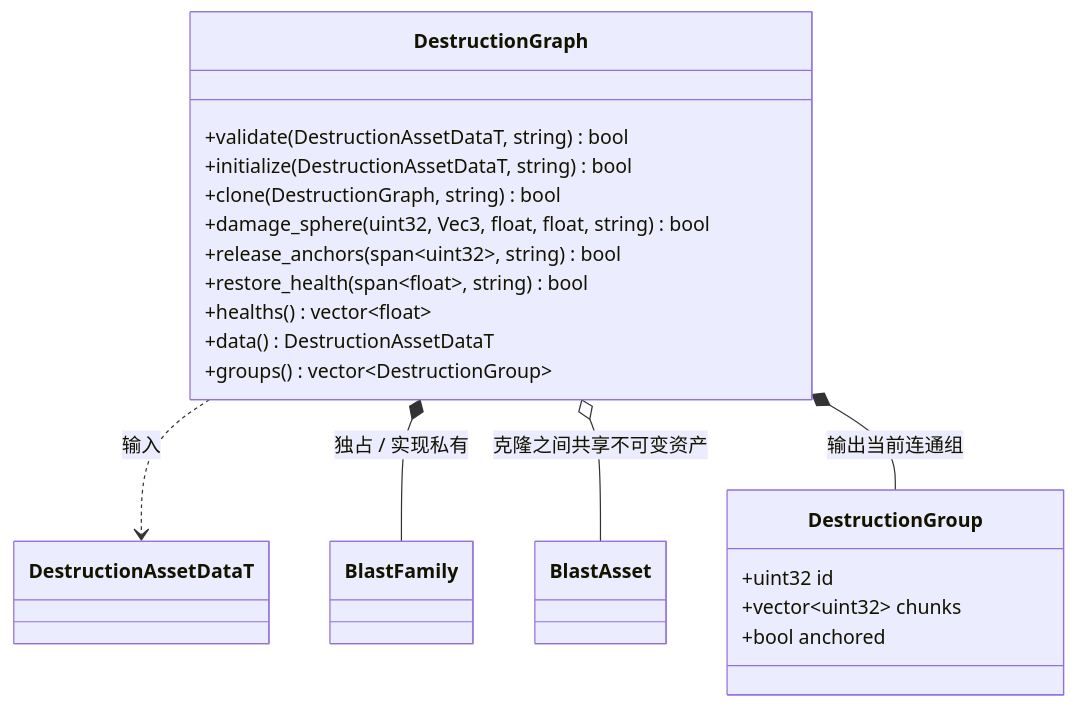
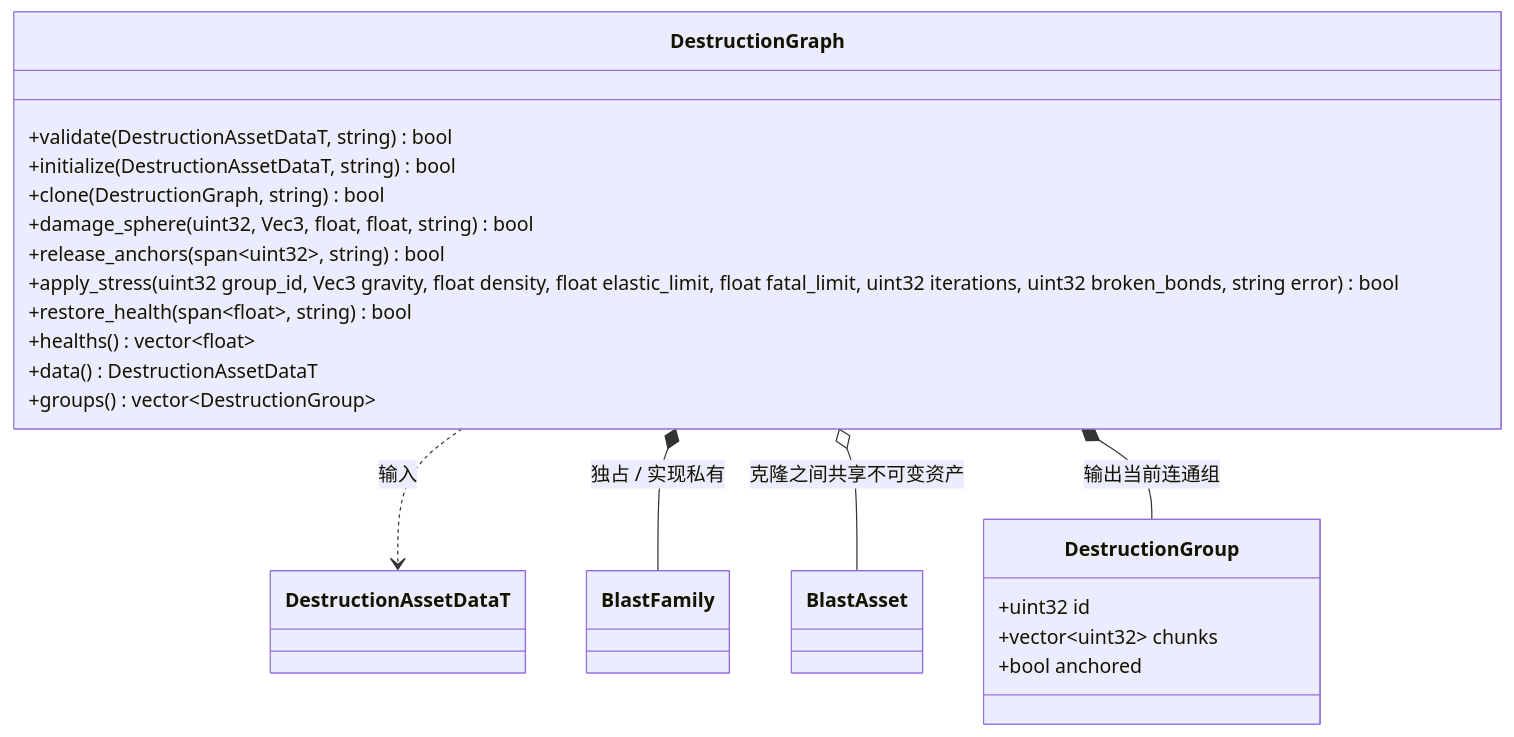
Before and after one commit to lcals/Engine: the diagram in docs/plugins/runtime/class-diagrams/destruction-graph.md, drawn with Mermaid. The commit also changed other lines of this file and 109 other files, not shown here.

````diff
--- a/docs/plugins/runtime/class-diagrams/destruction-graph.md
+++ b/docs/plugins/runtime/class-diagrams/destruction-graph.md
@@ -5,26 +5,27 @@
 ```mermaid
 classDiagram
 class DestructionGraph {
   +validate(DestructionAssetDataT, string) bool
   +initialize(DestructionAssetDataT, string) bool
   +clone(DestructionGraph, string) bool
   +damage_sphere(uint32, Vec3, float, float, string) bool
   +release_anchors(span~uint32~, string) bool
+  +apply_stress(uint32 group_id, Vec3 gravity, float density, float elastic_limit, float fatal_limit, uint32 iterations, uint32 broken_bonds, string error) bool
   +restore_health(span~float~, string) bool
   +healths() vector~float~
   +data() DestructionAssetDataT
   +groups() vector~DestructionGroup~
 }
 class DestructionGroup {
   +uint32 id
   +vector~uint32~ chunks
   +bool anchored
 }
 class DestructionAssetDataT
 class BlastFamily
 class BlastAsset
 DestructionGraph ..> DestructionAssetDataT : 输入
 DestructionGraph *-- BlastFamily : 独占 / 实现私有
 DestructionGraph o-- BlastAsset : 克隆之间共享不可变资产
 DestructionGraph *-- DestructionGroup : 输出当前连通组
 ```
````
